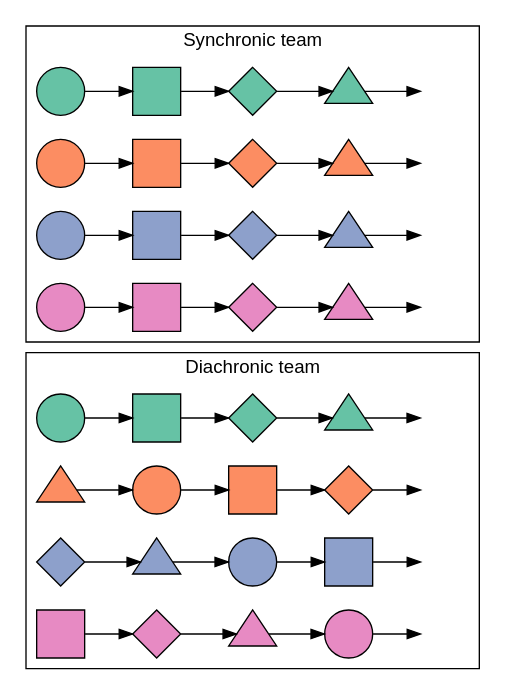
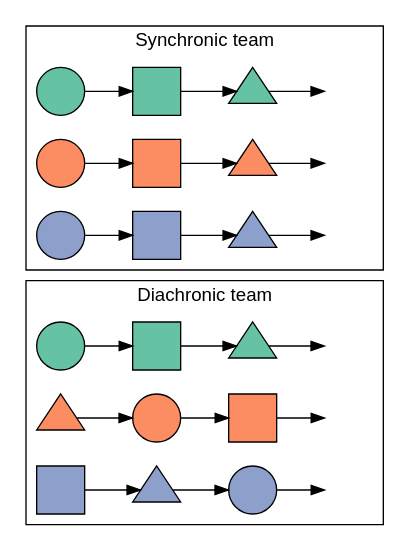
One commit to pedmiston/diachronic-teams changed the diagram in evoteams/inst/extdata/multiple-projects.gv. Above: the diagram before and after it, drawn with Graphviz. The commit also changed 3 other files, not shown here.

```diff
--- a/evoteams/inst/extdata/multiple-projects.gv
+++ b/evoteams/inst/extdata/multiple-projects.gv
@@ -1,40 +1,36 @@
 digraph {
   fontname=helvetica;
   node[fontname=helvetica; label=""; style=filled; width=0.5];
   rankdir=LR;
 
   // Determine subgraph order
   d1a, s1a;
 
   // Colors are people
-  s1b, s2b, s3b, s4b, d1b, d2b, d3b, d4b[fillcolor="#FC8D62"];
-  s1a, s2a, s3a, s4a, d1a, d2a, d3a, d4a[fillcolor="#66C2A5"];
-  s1c, s2c, s3c, s4c, d1c, d2c, d3c, d4c[fillcolor="#8DA0CB"];
-  s1d, s2d, s3d, s4d, d1d, d2d, d3d, d4d[fillcolor="#E78AC3"];
+  s1b, s2b, s3b, d1b, d2b, d3b[fillcolor="#FC8D62"];
+  s1a, s2a, s3a, d1a, d2a, d3a[fillcolor="#66C2A5"];
+  s1c, s2c, s3c, d1c, d2c, d3c[fillcolor="#8DA0CB"];
 
   // Shapes are projects
-  s1a, s1b, s1c, s1d, d1a, d2b, d3c, d4d[shape=circle];
-  s2a, s2b, s2c, s2d, d1d, d2a, d3b, d4c[shape=square];
-  s3a, s3b, s3c, s3d, d1c, d2d, d3a, d4b[shape=diamond];
-  s4a, s4b, s4c, s4d, d1b, d2c, d3d, d4a[shape=triangle];
+  s1a, s1b, s1c, d1a, d2b, d3c[shape=circle];
+  s2a, s2b, s2c, d1c, d2a, d3b[shape=square];
+  s3a, s3b, s3c, d1b, d2c, d3a[shape=triangle];
 
   // Invisible last nodes
-  sinv1, sinv2, sinv3, sinv4, dinv1, dinv2, dinv3, dinv4[style=invis];
+  sinv1, sinv2, sinv3, dinv1, dinv2, dinv3[style=invis];
 
   subgraph cluster0 {
     label="Synchronic team";
-    s1a -> s2a -> s3a -> s4a -> sinv1;
-    s1b -> s2b -> s3b -> s4b -> sinv2;
-    s1c -> s2c -> s3c -> s4c -> sinv3;
-    s1d -> s2d -> s3d -> s4d -> sinv4;
+    s1a -> s2a -> s3a -> sinv1;
+    s1b -> s2b -> s3b -> sinv2;
+    s1c -> s2c -> s3c -> sinv3;
   }
 
   subgraph cluster1 {
     label="Diachronic team";
-    d1a -> d2a -> d3a -> d4a -> dinv1;
-    d1b -> d2b -> d3b -> d4b -> dinv2;
-    d1c -> d2c -> d3c -> d4c -> dinv3;
-    d1d -> d2d -> d3d -> d4d -> dinv4;
+    d1a -> d2a -> d3a -> dinv1;
+    d1b -> d2b -> d3b -> dinv2;
+    d1c -> d2c -> d3c -> dinv3;
   }
 
 }
```
